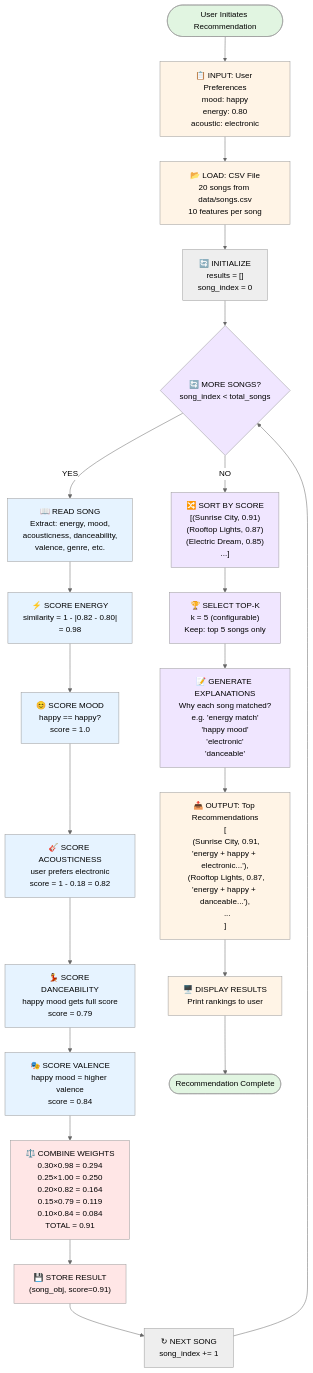
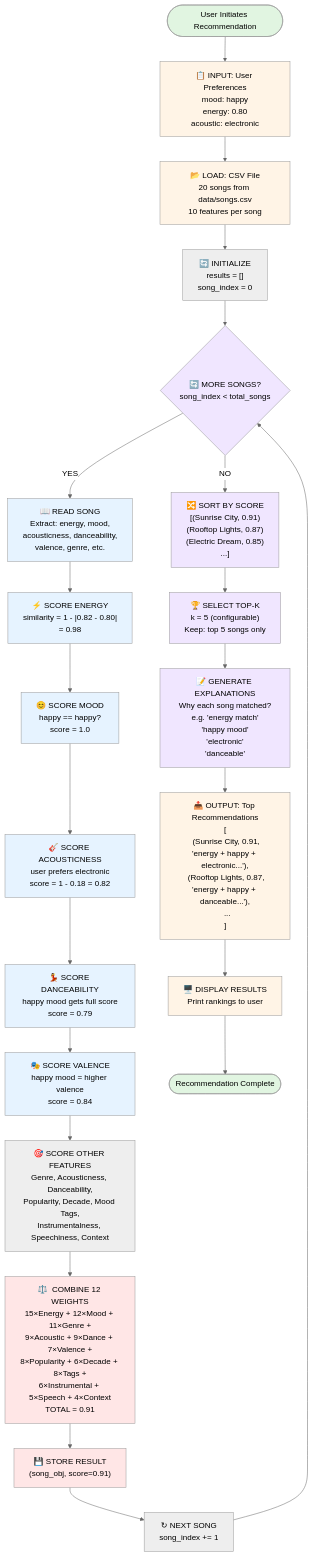
The first of 2 diagrams in DATA_FLOW_VISUALIZATION.md (kneha07/applied-ai-music-system), drawn with Mermaid (neutral theme) before and after one commit. The commit also changed other lines of this file and 14 other files, not shown here.

````diff
--- a/DATA_FLOW_VISUALIZATION.md
+++ b/DATA_FLOW_VISUALIZATION.md
@@ -95,61 +109,63 @@
 ```mermaid
 flowchart TD
     Start([User Initiates Recommendation]) --> UserInput["📋 INPUT: User Preferences<br/>mood: happy<br/>energy: 0.80<br/>acoustic: electronic"]
     
     UserInput --> LoadCSV["📂 LOAD: CSV File<br/>20 songs from data/songs.csv<br/>10 features per song"]
     
     LoadCSV --> InitLoop["🔄 INITIALIZE<br/>results = []<br/>song_index = 0"]
     
     InitLoop --> BeginLoop{"🔄 MORE SONGS?<br/>song_index < total_songs"}
     
     BeginLoop -->|YES| ReadSong["📖 READ SONG<br/>Extract: energy, mood,<br/>acousticness, danceability,<br/>valence, genre, etc."]
     
     ReadSong --> CalcEnergy["⚡ SCORE ENERGY<br/>similarity = 1 - |0.82 - 0.80|<br/>= 0.98"]
     
     CalcEnergy --> CalcMood["😊 SCORE MOOD<br/>happy == happy?<br/>score = 1.0"]
     
     CalcMood --> CalcAcoustic["🎸 SCORE ACOUSTICNESS<br/>user prefers electronic<br/>score = 1 - 0.18 = 0.82"]
     
     CalcAcoustic --> CalcDance["💃 SCORE DANCEABILITY<br/>happy mood gets full score<br/>score = 0.79"]
     
     CalcDance --> CalcValence["🎭 SCORE VALENCE<br/>happy mood = higher valence<br/>score = 0.84"]
     
-    CalcValence --> WeightSum["⚖️  COMBINE WEIGHTS<br/>0.30×0.98 = 0.294<br/>0.25×1.00 = 0.250<br/>0.20×0.82 = 0.164<br/>0.15×0.79 = 0.119<br/>0.10×0.84 = 0.084<br/>TOTAL = 0.91"]
+    CalcValence --> OtherFeatures["🎯 SCORE OTHER FEATURES<br/>Genre, Acousticness, Danceability,<br/>Popularity, Decade, Mood Tags,<br/>Instrumentalness, Speechiness, Context"]
+    
+    OtherFeatures --> WeightSum["⚖️  COMBINE 12 WEIGHTS<br/>15×Energy + 12×Mood + 11×Genre +<br/>9×Acoustic + 9×Dance + 7×Valence +<br/>8×Popularity + 6×Decade + 8×Tags +<br/>6×Instrumental + 5×Speech + 4×Context<br/>TOTAL = 0.91"]
     
     WeightSum --> StoreResult["💾 STORE RESULT<br/>(song_obj, score=0.91)"]
     
     StoreResult --> NextSong["↻ NEXT SONG<br/>song_index += 1"]
     
     NextSong --> BeginLoop
     
     BeginLoop -->|NO| SortResults["🔀 SORT BY SCORE<br/>[(Sunrise City, 0.91)<br/> (Rooftop Lights, 0.87)<br/> (Electric Dream, 0.85)<br/> ...]"]
     
     SortResults --> SelectTop["🏆 SELECT TOP-K<br/>k = 5 (configurable)<br/>Keep: top 5 songs only"]
     
     SelectTop --> GenExplain["📝 GENERATE EXPLANATIONS<br/>Why each song matched?<br/>e.g. 'energy match'<br/>'happy mood'<br/>'electronic'<br/>'danceable'"]
     
     GenExplain --> Output["📤 OUTPUT: Top Recommendations<br/>[<br/>  (Sunrise City, 0.91, 'energy + happy + electronic...'),<br/>  (Rooftop Lights, 0.87, 'energy + happy + danceable...'),<br/>  ...<br/>]"]
     
     Output --> Display["🖥️  DISPLAY RESULTS<br/>Print rankings to user"]
     
     Display --> End([Recommendation Complete])
     
     style Start fill:#e1f5e1
     style End fill:#e1f5e1
     style UserInput fill:#fff4e6
     style LoadCSV fill:#fff4e6
     style BeginLoop fill:#f0e6ff
     style ReadSong fill:#e6f3ff
     style CalcEnergy fill:#e6f3ff
     style CalcMood fill:#e6f3ff
     style CalcAcoustic fill:#e6f3ff
     style CalcDance fill:#e6f3ff
     style CalcValence fill:#e6f3ff
     style WeightSum fill:#ffe6e6
     style StoreResult fill:#ffe6e6
     style SortResults fill:#f0e6ff
     style SelectTop fill:#f0e6ff
     style GenExplain fill:#f0e6ff
     style Output fill:#fff4e6
     style Display fill:#fff4e6
 ```
````
